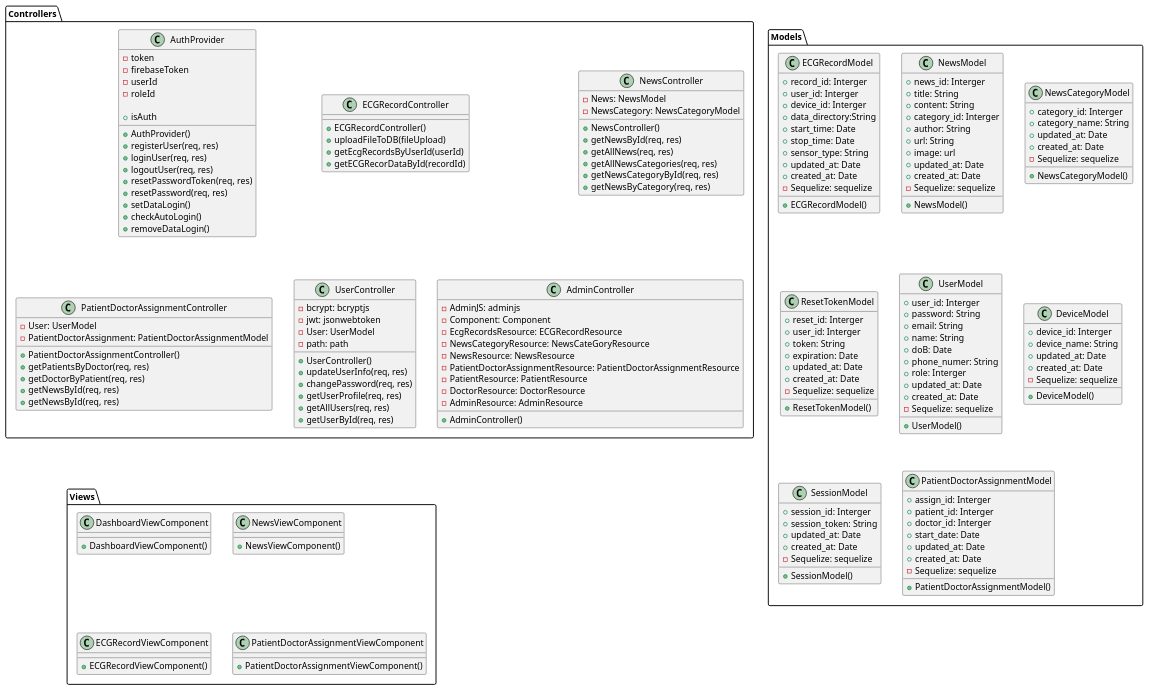
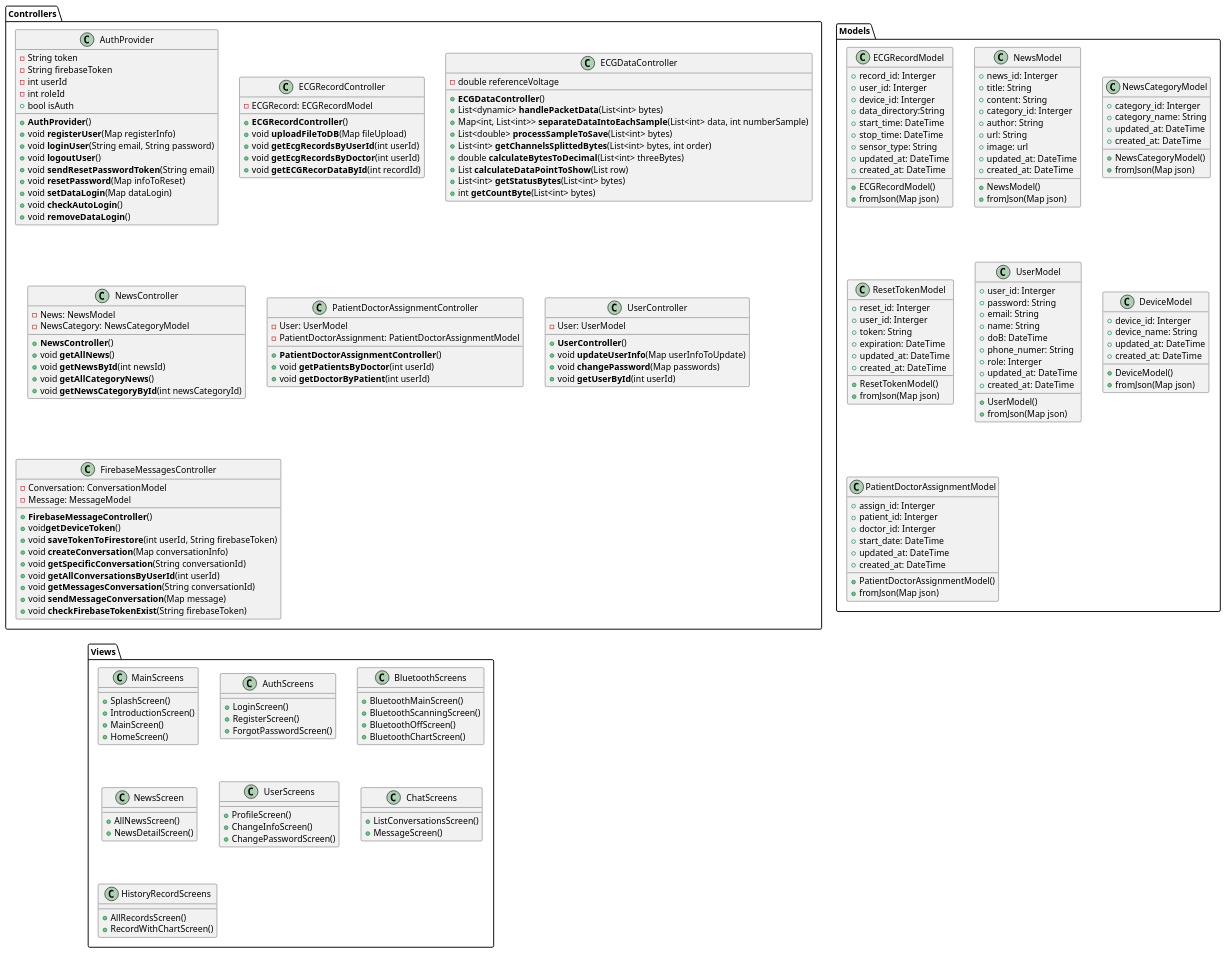
Before and after one commit to techcomrade/fmECG: the diagram in diagram/class/mobile_app/class.pu, drawn with PlantUML.

Commit message:
improve(diagram): add class diagram for app

```diff
--- a/diagram/class/mobile_app/class.pu
+++ b/diagram/class/mobile_app/class.pu
@@ -3,85 +3,89 @@
 
 package Controllers {
     class AuthProvider {
-        - token
-        - firebaseToken
-        - userId
-        - roleId
+        - String token
+        - String firebaseToken
+        - int userId
+        - int roleId
+        + bool isAuth
 
-        + AuthProvider()
-        + registerUser(req, res)
-        + loginUser(req, res)
-        + logoutUser(req, res)
-        + resetPasswordToken(req, res)
-        + resetPassword(req, res)
-        + setDataLogin()
-        + checkAutoLogin()
-        + removeDataLogin()
-        + isAuth
+        + **AuthProvider**()
+        + void **registerUser**(Map registerInfo)
+        + void **loginUser**(String email, String password)
+        + void **logoutUser**()
+        + void **sendResetPasswordToken**(String email)
+        + void **resetPassword**(Map infoToReset)
+        + void **setDataLogin**(Map dataLogin)
+        + void **checkAutoLogin**()
+        + void **removeDataLogin**()
     }
 
     class ECGRecordController {
+        - ECGRecord: ECGRecordModel
 
-        + ECGRecordController()
-        + uploadFileToDB(fileUpload)
-        + getEcgRecordsByUserId(userId)
-        ' + getEcgRecordsByDoctor(req, res)
-        + getECGRecorDataById(recordId) 
+        + **ECGRecordController**()
+        + void **uploadFileToDB**(Map fileUpload)
+        + void **getEcgRecordsByUserId**(int userId)
+        + void **getEcgRecordsByDoctor**(int userId)
+        + void **getECGRecorDataById**(int recordId) 
+    }
+
+   class ECGDataController {
+        - double referenceVoltage
+        + **ECGDataController**()
+        + List<dynamic> **handlePacketData**(List<int> bytes)
+        + Map<int, List<int>> **separateDataIntoEachSample**(List<int> data, int numberSample)
+        + List<double> **processSampleToSave**(List<int> bytes)
+        + List<int> **getChannelsSplittedBytes**(List<int> bytes, int order)
+        + double **calculateBytesToDecimal**(List<int> threeBytes)
+        + List **calculateDataPointToShow**(List row)
+        + List<int> **getStatusBytes**(List<int> bytes)
+        + int **getCountByte**(List<int> bytes)
     }
 
     class NewsController {
         - News: NewsModel
         - NewsCategory: NewsCategoryModel
 
-        + NewsController()
-        + getNewsById(req, res)
-        + getAllNews(req, res)
-        + getAllNewsCategories(req, res)
-        + getNewsCategoryById(req, res)
-        + getNewsByCategory(req, res)
-
+        + **NewsController**()
+        + void **getAllNews**()
+        + void **getNewsById**(int newsId)
+        + void **getAllCategoryNews**()
+        + void **getNewsCategoryById**(int newsCategoryId)
     }
 
     class PatientDoctorAssignmentController {
         - User: UserModel
         - PatientDoctorAssignment: PatientDoctorAssignmentModel
 
+        + **PatientDoctorAssignmentController**()
+        + void **getPatientsByDoctor**(int userId)
+        + void **getDoctorByPatient**(int userId)
+    }
 
-        + PatientDoctorAssignmentController()
-        + getPatientsByDoctor(req, res)
-        + getDoctorByPatient(req, res)
-        + getNewsById(req, res)
-        + getNewsById(req, res)
+    class UserController {
+        - User: UserModel
+
+        + **UserController**()
+        + void **updateUserInfo**(Map userInfoToUpdate)
+        + void **changePassword**(Map passwords)
+        + void **getUserById**(int userId)
 
     }
 
-    class UserController {
-        - bcrypt: bcryptjs
-        - jwt: jsonwebtoken
-        - User: UserModel
-        - path: path
-
-        + UserController()
-        + updateUserInfo(req, res)
-        + changePassword(req, res)
-        + getUserProfile(req, res)
-        + getAllUsers(req, res)
-        + getUserById(req, res)
-
-    }
-
-    class AdminController  {
-        - AdminJS: adminjs
-        - Component: Component
-        - EcgRecordsResource: ECGRecordResource
-        - NewsCategoryResource: NewsCateGoryResource
-        - NewsResource: NewsResource
-        - PatientDoctorAssignmentResource: PatientDoctorAssignmentResource
-        - PatientResource: PatientResource
-        - DoctorResource: DoctorResource
-        - AdminResource: AdminResource
-
-        + AdminController()
+    class FirebaseMessagesController  {
+        - Conversation: ConversationModel
+        - Message: MessageModel
+        
+        + **FirebaseMessageController**()
+        + void**getDeviceToken**()
+        + void **saveTokenToFirestore**(int userId, String firebaseToken)
+        + void **createConversation**(Map conversationInfo)
+        + void **getSpecificConversation**(String conversationId)
+        + void **getAllConversationsByUserId**(int userId)
+        + void **getMessagesConversation**(String conversationId)
+        + void **sendMessageConversation**(Map message)
+        + void **checkFirebaseTokenExist**(String firebaseToken)
     }
 }
 
@@ -92,14 +96,15 @@
         + user_id: Interger
         + device_id: Interger
         + data_directory:String
-        + start_time: Date
-        + stop_time: Date
+        + start_time: DateTime
+        + stop_time: DateTime
         + sensor_type: String
-        + updated_at: Date
-        + created_at: Date
-        - Sequelize: sequelize
+        + updated_at: DateTime
+        + created_at: DateTime
 
         + ECGRecordModel()
+        + fromJson(Map json)
+
     }
 
     class NewsModel {
@@ -110,21 +115,21 @@
         + author: String
         + url: String
         + image: url
-        + updated_at: Date
-        + created_at: Date
-        - Sequelize: sequelize
+        + updated_at: DateTime
+        + created_at: DateTime
 
         + NewsModel()
+        + fromJson(Map json)
     }
 
     class NewsCategoryModel {
         + category_id: Interger
         + category_name: String
-        + updated_at: Date
-        + created_at: Date
-        - Sequelize: sequelize
+        + updated_at: DateTime
+        + created_at: DateTime
 
         + NewsCategoryModel()
+        + fromJson(Map json)
 
     }
 
@@ -132,12 +137,12 @@
         + reset_id: Interger
         + user_id: Interger
         + token: String
-        + expiration: Date
-        + updated_at: Date
-        + created_at: Date
-        - Sequelize: sequelize
+        + expiration: DateTime
+        + updated_at: DateTime
+        + created_at: DateTime
 
         + ResetTokenModel()
+        + fromJson(Map json)
 
     }
 
@@ -146,36 +151,25 @@
         + password: String
         + email: String
         + name: String
-        + doB: Date
+        + doB: DateTime
         + phone_numer: String
         + role: Interger
-        + updated_at: Date
-        + created_at: Date
-        - Sequelize: sequelize
+        + updated_at: DateTime
+        + created_at: DateTime
 
         + UserModel()
+        + fromJson(Map json)
 
     }
 
     class DeviceModel {
         + device_id: Interger
         + device_name: String
-        + updated_at: Date
-        + created_at: Date
-        - Sequelize: sequelize
+        + updated_at: DateTime
+        + created_at: DateTime
 
         + DeviceModel()
-
-    }
-
-    class SessionModel {
-        + session_id: Interger
-        + session_token: String
-        + updated_at: Date
-        + created_at: Date
-        - Sequelize: sequelize
-
-        + SessionModel()
+        + fromJson(Map json)
 
     }
 
@@ -183,37 +177,57 @@
         + assign_id: Interger
         + patient_id: Interger
         + doctor_id: Interger
-        + start_date: Date
-        + updated_at: Date
-        + created_at: Date
-        - Sequelize: sequelize     
+        + start_date: DateTime
+        + updated_at: DateTime
+        + created_at: DateTime
 
-        + PatientDoctorAssignmentModel()   
+        + PatientDoctorAssignmentModel()
+        + fromJson(Map json)
     }
 
 }
 
 package Views {
 
-    class DashboardViewComponent {
+  class MainScreens {
+    + SplashScreen()
+    + IntroductionScreen()
+    + MainScreen()
+    + HomeScreen()
+  }
 
-        + DashboardViewComponent()
+  class AuthScreens {
+    + LoginScreen()
+    + RegisterScreen()
+    + ForgotPasswordScreen()
+  }
 
-    }
+  class BluetoothScreens {
+    + BluetoothMainScreen()
+    + BluetoothScanningScreen()
+    + BluetoothOffScreen()
+    + BluetoothChartScreen()
+  }
 
-    class NewsViewComponent {
-        + NewsViewComponent()
-    }
+  class NewsScreen {
+    + AllNewsScreen()
+    + NewsDetailScreen()
+  }
 
-    class ECGRecordViewComponent {
-        + ECGRecordViewComponent()
+  class UserScreens {
+    + ProfileScreen()
+    + ChangeInfoScreen()
+    + ChangePasswordScreen()
+  }
 
-    }
+  class ChatScreens {
+    + ListConversationsScreen()
+    + MessageScreen()
+  }
 
-    class PatientDoctorAssignmentViewComponent {
-        + PatientDoctorAssignmentViewComponent()
-
-    }
-
+  class HistoryRecordScreens {
+    + AllRecordsScreen()
+    + RecordWithChartScreen()
+  }
 }
 @enduml
```
